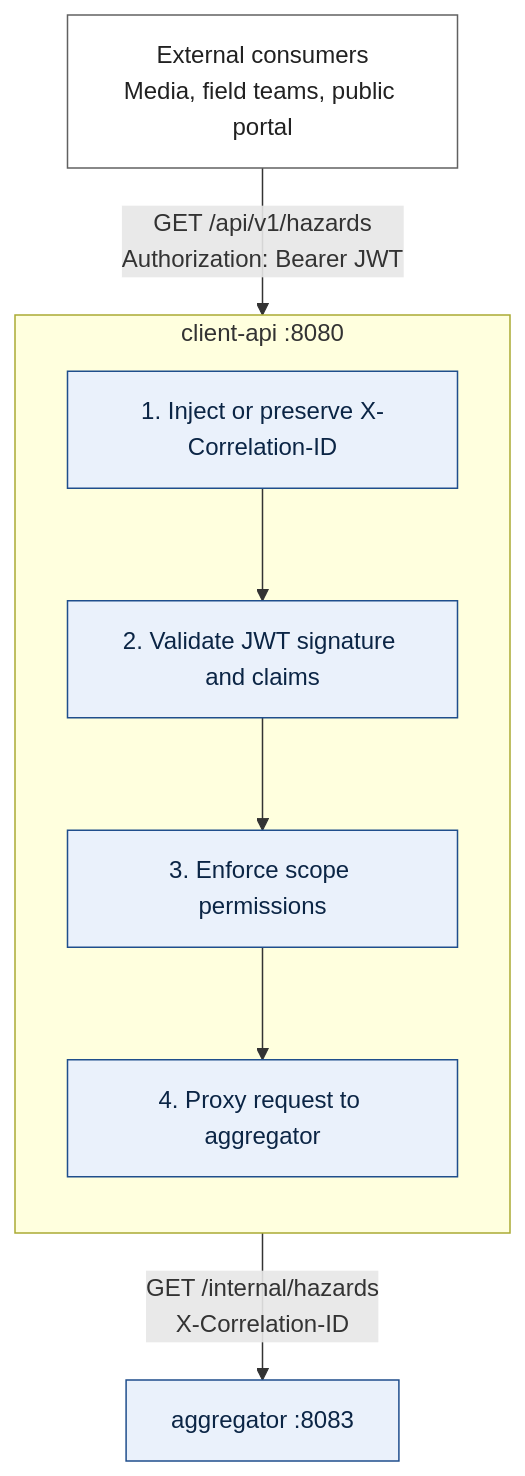
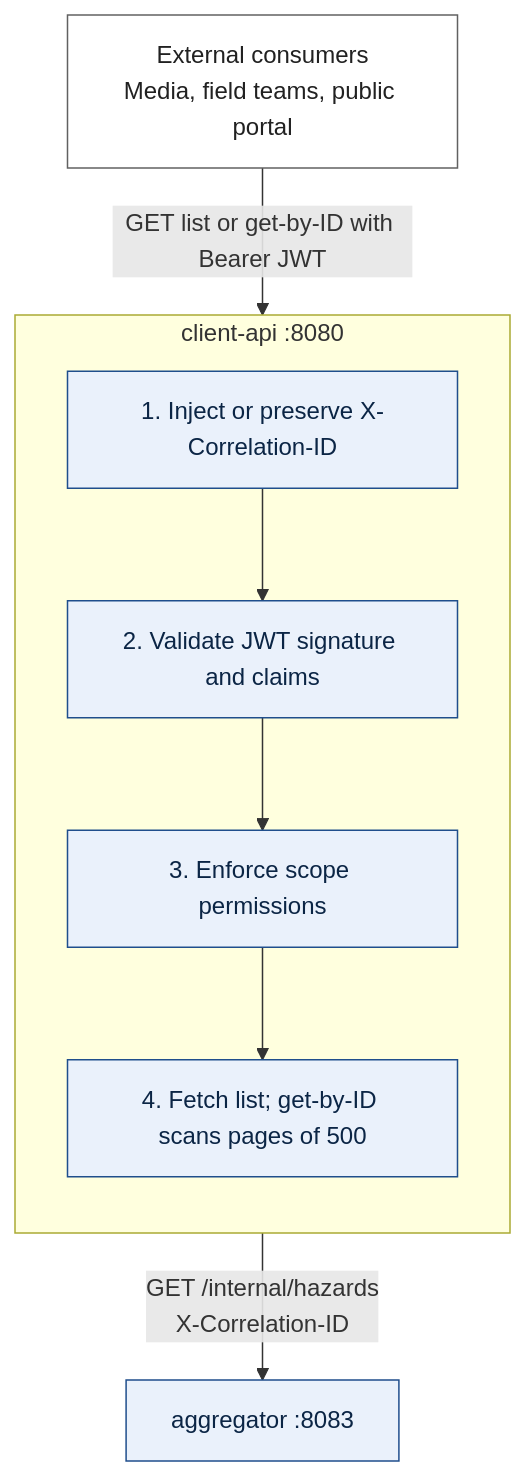
One commit to Darsua/AAT changed the diagram in docs/diagrams/clientapi-gateway.mmd. Above: the diagram before and after it, drawn with Mermaid. The commit also changed 35 other files, not shown here.

```diff
--- a/docs/diagrams/clientapi-gateway.mmd
+++ b/docs/diagrams/clientapi-gateway.mmd
@@ -1,22 +1,22 @@
 flowchart TD
     EXT["External consumers<br/>Media, field teams, public portal"]:::actor
     subgraph GW["client-api :8080"]
         direction TB
         S1["1. Inject or preserve X-Correlation-ID"]:::svc
         S2["2. Validate JWT signature and claims"]:::svc
         S3["3. Enforce scope permissions"]:::svc
-        S4["4. Proxy request to aggregator"]:::svc
+        S4["4. Fetch list; get-by-ID scans pages of 500"]:::svc
         S1 --> S2 --> S3 --> S4
     end
     AGG["aggregator :8083"]:::svc
 
-    EXT -->|"GET /api/v1/hazards<br/>Authorization: Bearer JWT"| S1
+    EXT -->|"GET list or get-by-ID with Bearer JWT"| S1
     S4 -->|"GET /internal/hazards<br/>X-Correlation-ID"| AGG
 
     classDef svc fill:#eaf1fb,stroke:#1f4e8c,color:#0b2545
     classDef store fill:#e8f5e9,stroke:#2e7d32,color:#10300f
     classDef broker fill:#fdecea,stroke:#c62828,color:#4a0d0d
     classDef ext fill:#fff3e0,stroke:#ef6c00,color:#4a2600
     classDef cons fill:#f3e5f5,stroke:#6a1b9a,color:#2a0a3a
     classDef actor fill:#ffffff,stroke:#616161,color:#212121
     classDef plan fill:#f5f5f5,stroke:#9e9e9e,stroke-dasharray:4 3,color:#424242
```
